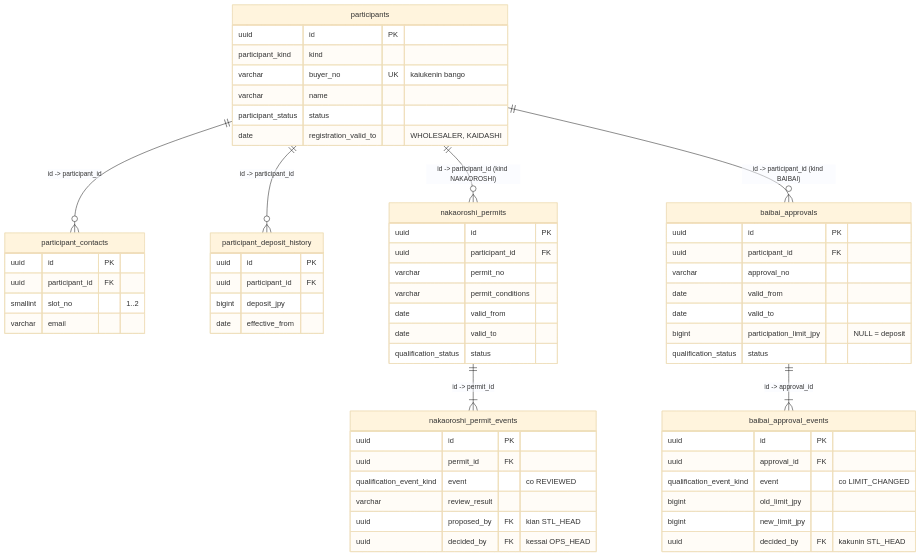
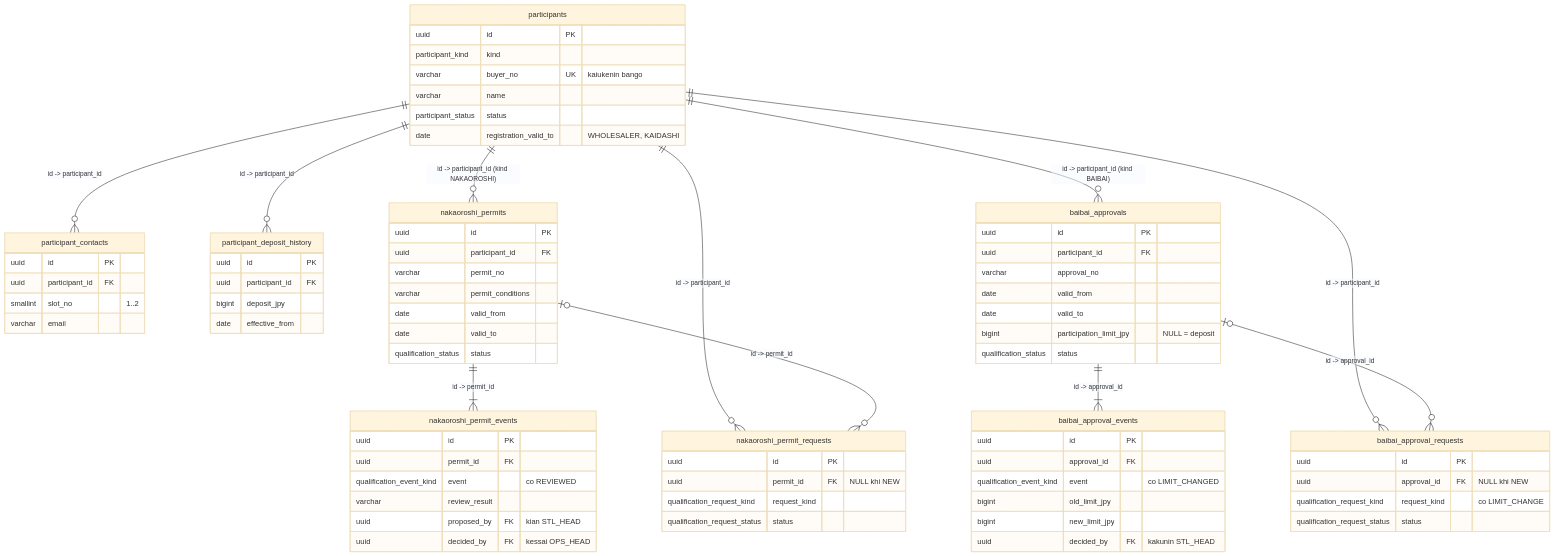
The diagram in specs/system-design/database-design/PARTY_DB.md (phuongnnm-23344/lab-wholesale-market), drawn with Mermaid (base theme) before and after one commit. The commit also changed other lines of this file and 15 other files, not shown here.

````diff
--- a/specs/system-design/database-design/PARTY_DB.md
+++ b/specs/system-design/database-design/PARTY_DB.md
@@ -67,64 +70,80 @@
 ```mermaid
 erDiagram
   participants ||--o{ participant_contacts : "id -> participant_id"
   participants ||--o{ participant_deposit_history : "id -> participant_id"
   participants ||--o{ nakaoroshi_permits : "id -> participant_id (kind NAKAOROSHI)"
   participants ||--o{ baibai_approvals : "id -> participant_id (kind BAIBAI)"
   nakaoroshi_permits ||--|{ nakaoroshi_permit_events : "id -> permit_id"
   baibai_approvals ||--|{ baibai_approval_events : "id -> approval_id"
+  participants ||--o{ nakaoroshi_permit_requests : "id -> participant_id"
+  nakaoroshi_permits |o--o{ nakaoroshi_permit_requests : "id -> permit_id"
+  participants ||--o{ baibai_approval_requests : "id -> participant_id"
+  baibai_approvals |o--o{ baibai_approval_requests : "id -> approval_id"
 
   participants {
     uuid id PK
     participant_kind kind
     varchar buyer_no UK "kaiukenin bango"
     varchar name
     participant_status status
     date registration_valid_to "WHOLESALER, KAIDASHI"
   }
   participant_contacts {
     uuid id PK
     uuid participant_id FK
     smallint slot_no "1..2"
     varchar email
   }
   participant_deposit_history {
     uuid id PK
     uuid participant_id FK
     bigint deposit_jpy
     date effective_from
   }
   nakaoroshi_permits {
     uuid id PK
     uuid participant_id FK
     varchar permit_no
     varchar permit_conditions
     date valid_from
     date valid_to
     qualification_status status
   }
   nakaoroshi_permit_events {
     uuid id PK
     uuid permit_id FK
     qualification_event_kind event "co REVIEWED"
     varchar review_result
     uuid proposed_by FK "kian STL_HEAD"
     uuid decided_by FK "kessai OPS_HEAD"
   }
   baibai_approvals {
     uuid id PK
     uuid participant_id FK
     varchar approval_no
     date valid_from
     date valid_to
     bigint participation_limit_jpy "NULL = deposit"
     qualification_status status
   }
   baibai_approval_events {
     uuid id PK
     uuid approval_id FK
     qualification_event_kind event "co LIMIT_CHANGED"
     bigint old_limit_jpy
     bigint new_limit_jpy
     uuid decided_by FK "kakunin STL_HEAD"
   }
+  nakaoroshi_permit_requests {
+    uuid id PK
+    uuid permit_id FK "NULL khi NEW"
+    qualification_request_kind request_kind
+    qualification_request_status status
+  }
+  baibai_approval_requests {
+    uuid id PK
+    uuid approval_id FK "NULL khi NEW"
+    qualification_request_kind request_kind "co LIMIT_CHANGE"
+    qualification_request_status status
+  }
 ```
````
